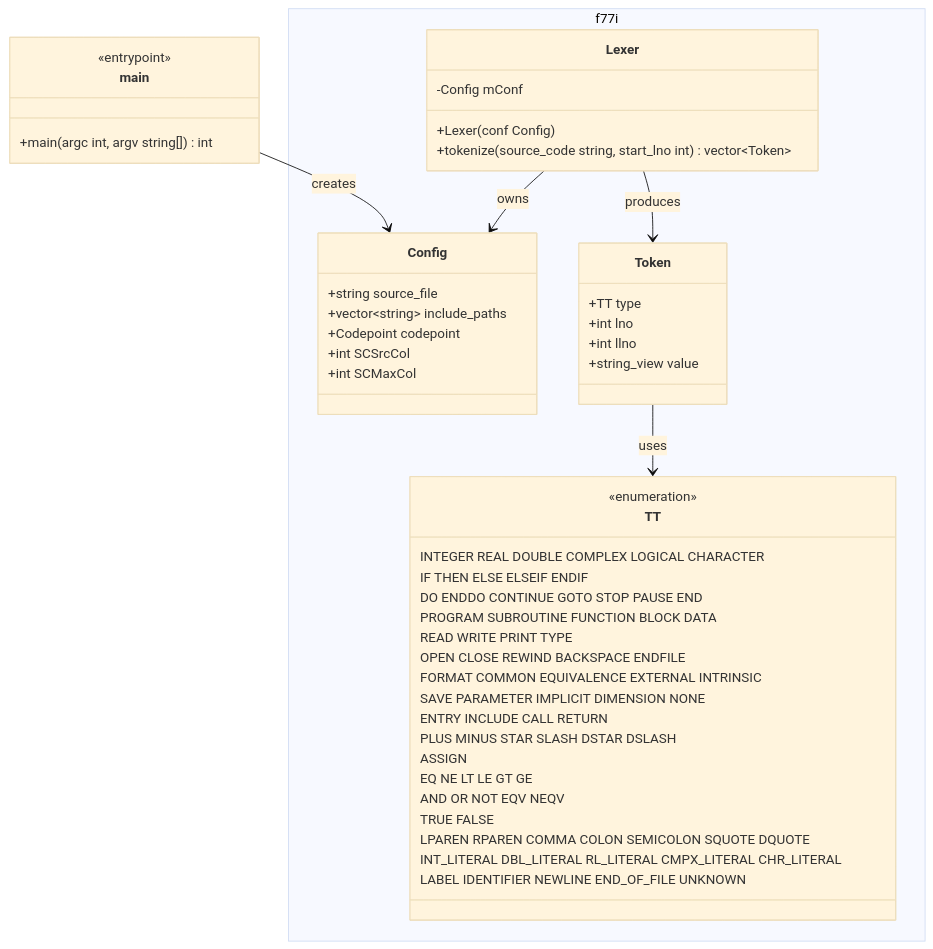
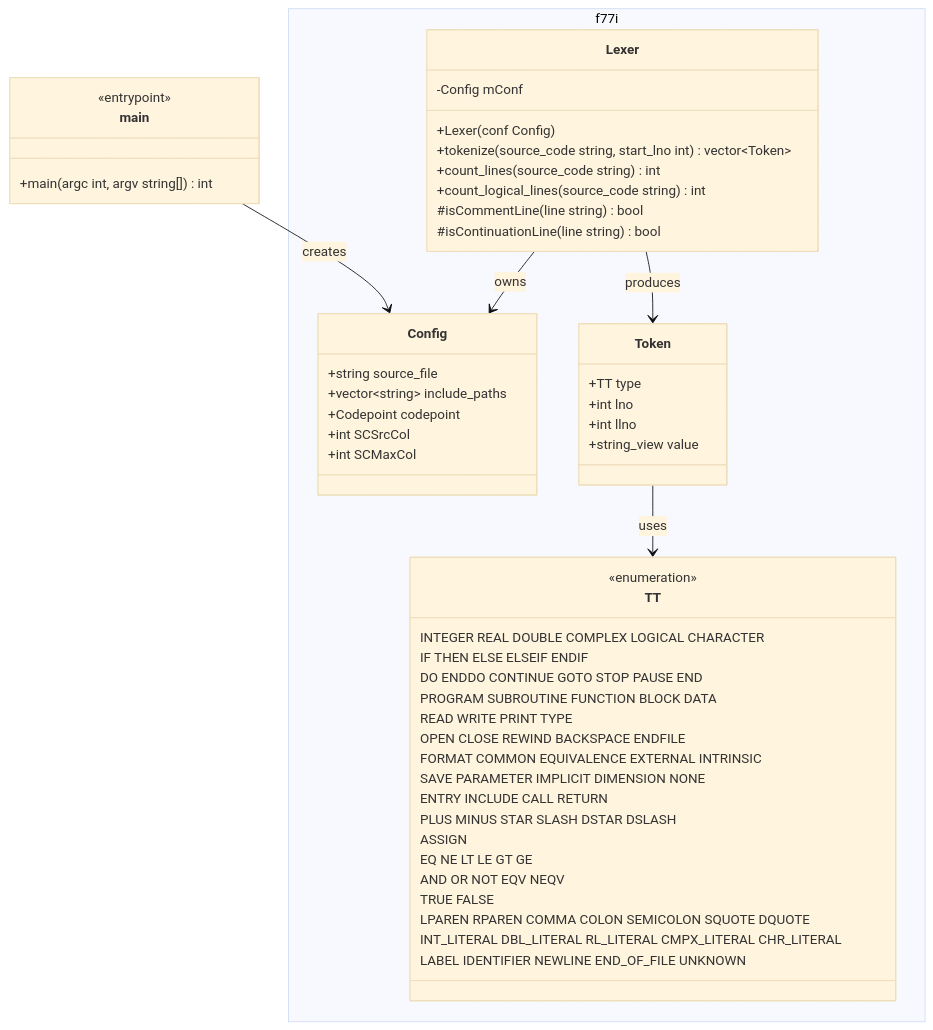
The diagram in docs/memory/architecture.md (armandli/f77interpret), drawn with Mermaid (base theme) before and after one commit. The commit also changed 2 other files, not shown here.

Commit message:
add line count functions

````diff
--- a/docs/memory/architecture.md
+++ b/docs/memory/architecture.md
@@ -7,51 +7,55 @@
 ```mermaid
 classDiagram
     namespace f77i {
         class Config {
             +string source_file
             +vector~string~ include_paths
             +Codepoint codepoint
             +int SCSrcCol
             +int SCMaxCol
         }
         class TT {
             <<enumeration>>
             INTEGER REAL DOUBLE COMPLEX LOGICAL CHARACTER
             IF THEN ELSE ELSEIF ENDIF
             DO ENDDO CONTINUE GOTO STOP PAUSE END
             PROGRAM SUBROUTINE FUNCTION BLOCK DATA
             READ WRITE PRINT TYPE
             OPEN CLOSE REWIND BACKSPACE ENDFILE
             FORMAT COMMON EQUIVALENCE EXTERNAL INTRINSIC
             SAVE PARAMETER IMPLICIT DIMENSION NONE
             ENTRY INCLUDE CALL RETURN
             PLUS MINUS STAR SLASH DSTAR DSLASH
             ASSIGN
             EQ NE LT LE GT GE
             AND OR NOT EQV NEQV
             TRUE FALSE
             LPAREN RPAREN COMMA COLON SEMICOLON SQUOTE DQUOTE
             INT_LITERAL DBL_LITERAL RL_LITERAL CMPX_LITERAL CHR_LITERAL
             LABEL IDENTIFIER NEWLINE END_OF_FILE UNKNOWN
         }
         class Token {
             +TT type
             +int lno
             +int llno
             +string_view value
         }
         class Lexer {
             -Config mConf
             +Lexer(conf Config)
             +tokenize(source_code string, start_lno int) vector~Token~
+            +count_lines(source_code string) int
+            +count_logical_lines(source_code string) int
+            #isCommentLine(line string) bool
+            #isContinuationLine(line string) bool
         }
     }
     class main {
         <<entrypoint>>
         +main(argc int, argv string[]) int
     }
     main --> Config : creates
     Token --> TT : uses
     Lexer --> Config : owns
     Lexer --> Token : produces
 ```
````
